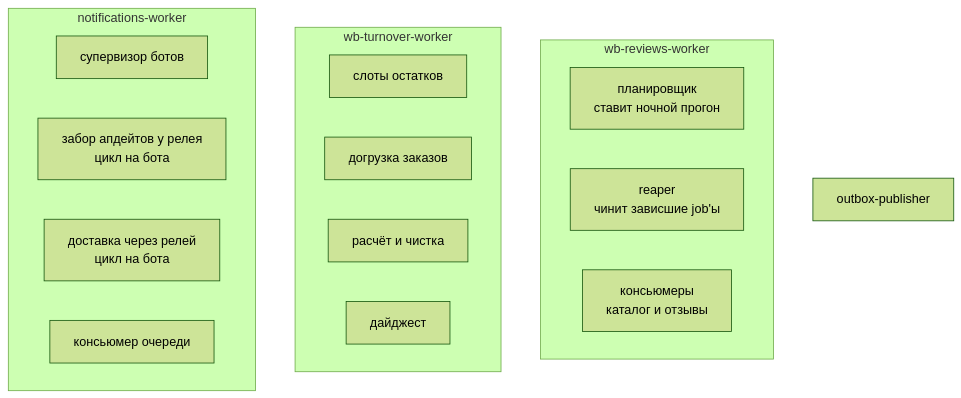
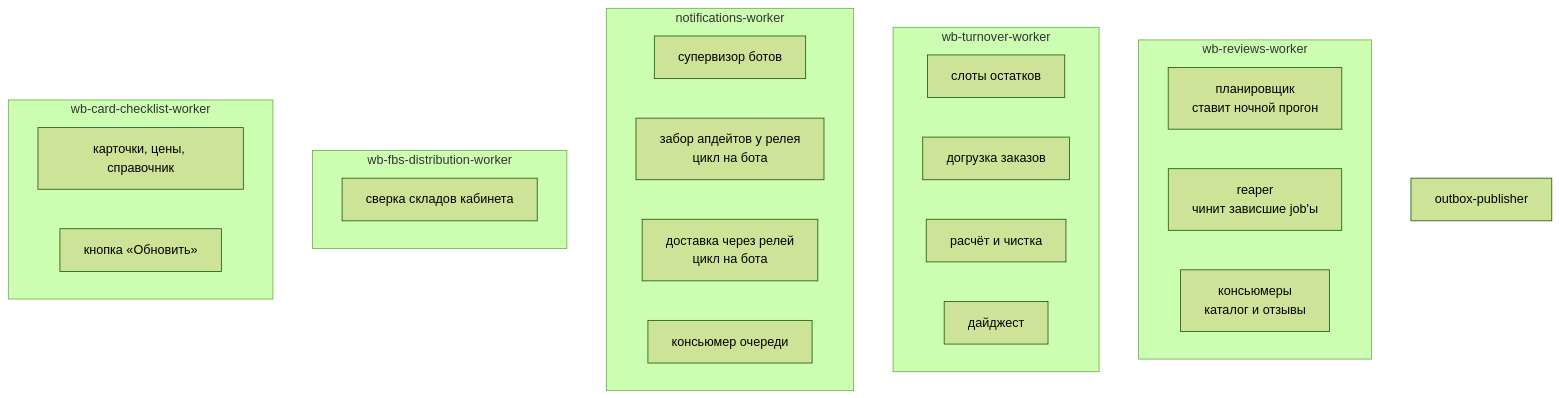
One commit to krionefishy/karbi changed the diagram in docs/architecture/WORKERS.md. Above: the diagram before and after it, drawn with Mermaid (forest theme). The commit also changed other lines of this file and 4 other files, not shown here.

````diff
--- a/docs/architecture/WORKERS.md
+++ b/docs/architecture/WORKERS.md
@@ -6,21 +6,28 @@
 ```mermaid
 flowchart TB
     subgraph reviews["wb-reviews-worker"]
         r1["планировщик<br/>ставит ночной прогон"]
         r2["reaper<br/>чинит зависшие job'ы"]
         r3["консьюмеры<br/>каталог и отзывы"]
     end
     subgraph turnover["wb-turnover-worker"]
         t1["слоты остатков"]
         t2["догрузка заказов"]
         t3["расчёт и чистка"]
         t4["дайджест"]
     end
     subgraph notify["notifications-worker"]
         n1["супервизор ботов"]
         n2["забор апдейтов у релея<br/>цикл на бота"]
         n3["доставка через релей<br/>цикл на бота"]
         n4["консьюмер очереди"]
     end
+    subgraph fbs["wb-fbs-distribution-worker"]
+        f1["сверка складов кабинета"]
+    end
+    subgraph checklist["wb-card-checklist-worker"]
+        c1["карточки, цены, справочник"]
+        c2["кнопка «Обновить»"]
+    end
     outbox["outbox-publisher"]
 ```
````
